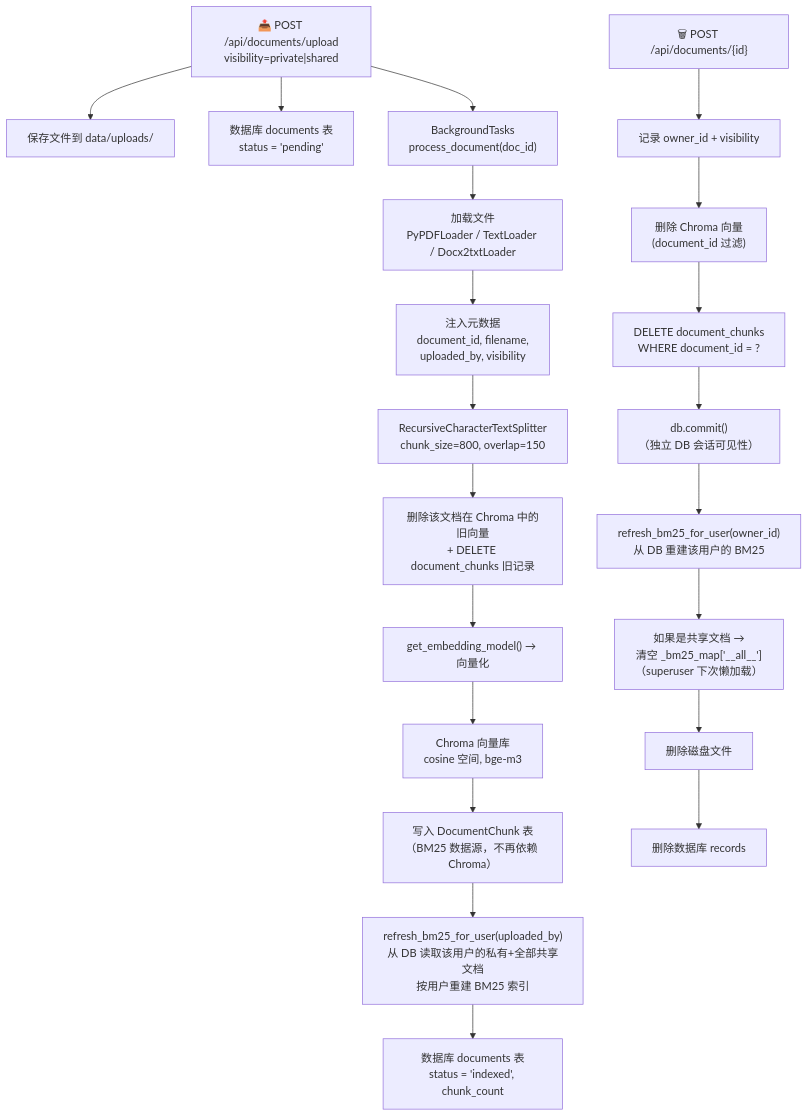
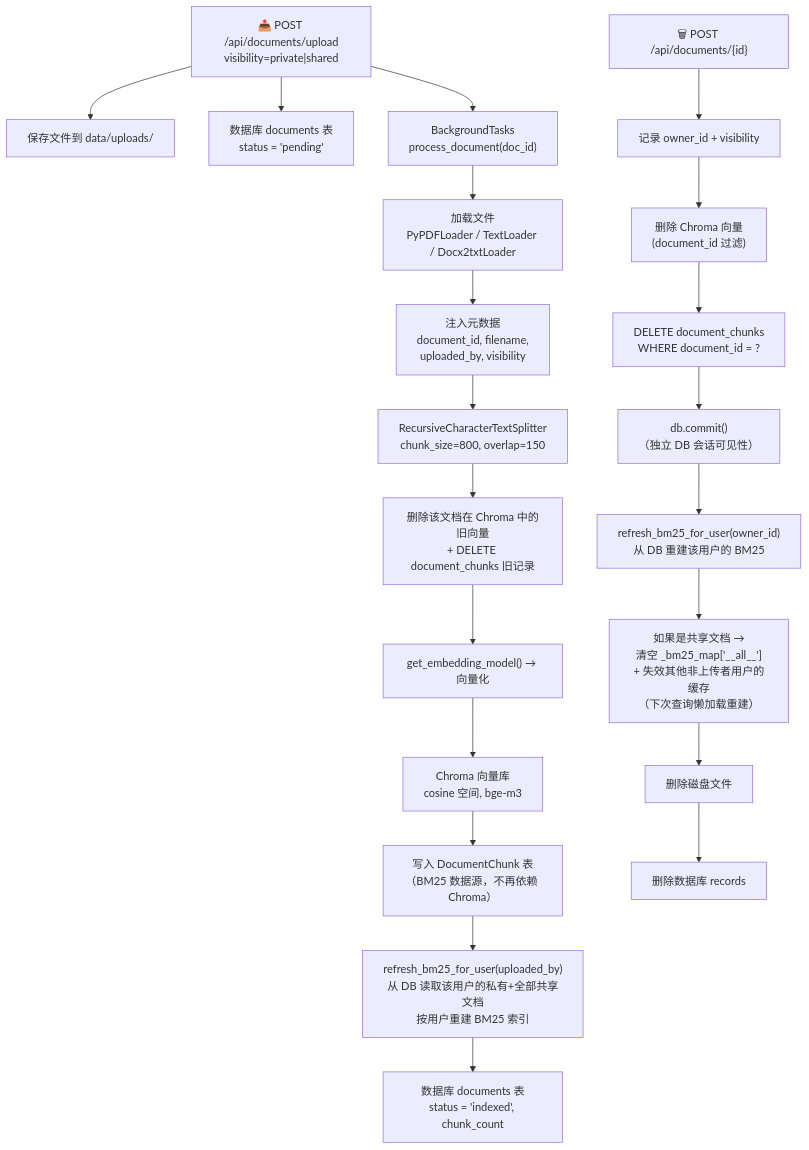
One commit to zqc1661586344/zz-demand-system changed the first of 6 diagrams in docs/RAG.md. Above: the diagram before and after it, drawn with Mermaid. The commit also changed other lines of this file and 22 other files, not shown here.

````diff
--- a/docs/RAG.md
+++ b/docs/RAG.md
@@ -22,50 +22,50 @@
 ```mermaid
 flowchart TD
     Upload["📤 POST /api/documents/upload<br/>visibility=private|shared"]
     SaveDisk["保存文件到 data/uploads/"]
     DBCreate["数据库 documents 表<br/>status = 'pending'"]
     BGTask["BackgroundTasks<br/>process_document(doc_id)"]
     Load["加载文件<br/>PyPDFLoader / TextLoader / Docx2txtLoader"]
     Meta["注入元数据<br/>document_id, filename,<br/>uploaded_by, visibility"]
     Split["RecursiveCharacterTextSplitter<br/>chunk_size=800, overlap=150"]
     CleanOld["删除该文档在 Chroma 中的旧向量<br/>+ DELETE document_chunks 旧记录"]
     Embed["get_embedding_model() → 向量化"]
     Chroma["Chroma 向量库<br/>cosine 空间, bge-m3"]
     ChunkDB["写入 DocumentChunk 表<br/>（BM25 数据源，不再依赖 Chroma）"]
     BM25Build["refresh_bm25_for_user(uploaded_by)<br/>从 DB 读取该用户的私有+全部共享文档<br/>按用户重建 BM25 索引"]
     DBUpdate["数据库 documents 表<br/>status = 'indexed', chunk_count"]
 
     Delete["🗑 POST /api/documents/{id}"]
     DeleteGetOwner["记录 owner_id + visibility"]
     DeleteChroma["删除 Chroma 向量<br/>(document_id 过滤)"]
     DeleteChunk["DELETE document_chunks<br/>WHERE document_id = ?"]
     DeleteCommit["db.commit()<br/>（独立 DB 会话可见性）"]
     DeleteBM25["refresh_bm25_for_user(owner_id)<br/>从 DB 重建该用户的 BM25"]
-    DeleteShared["如果是共享文档 →<br/>清空 _bm25_map['__all__']<br/>（superuser 下次懒加载）"]
+    DeleteShared["如果是共享文档 →<br/>清空 _bm25_map['__all__']<br/>+ 失效其他非上传者用户的缓存<br/>（下次查询懒加载重建）"]
     DeleteFile["删除磁盘文件"]
     DeleteDB["删除数据库 records"]
 
     %% 上传流程
     Upload --> SaveDisk
     Upload --> DBCreate
     Upload --> BGTask
     BGTask --> Load
     Load --> Meta
     Meta --> Split
     Split --> CleanOld
     CleanOld --> Embed
     Embed --> Chroma
     Chroma --> ChunkDB
     ChunkDB --> BM25Build
     BM25Build --> DBUpdate
 
     %% 删除流程
     Delete --> DeleteGetOwner
     DeleteGetOwner --> DeleteChroma
     DeleteChroma --> DeleteChunk
     DeleteChunk --> DeleteCommit
     DeleteCommit --> DeleteBM25
     DeleteBM25 --> DeleteShared
     DeleteShared --> DeleteFile
     DeleteFile --> DeleteDB
 ```
````
